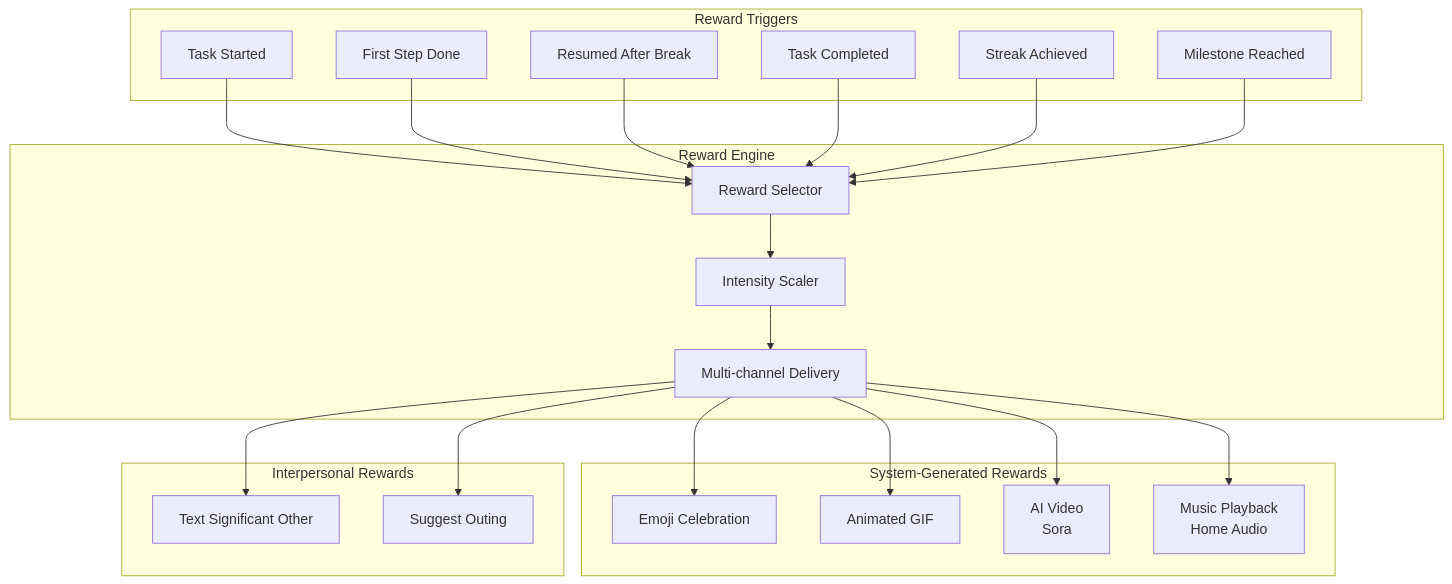
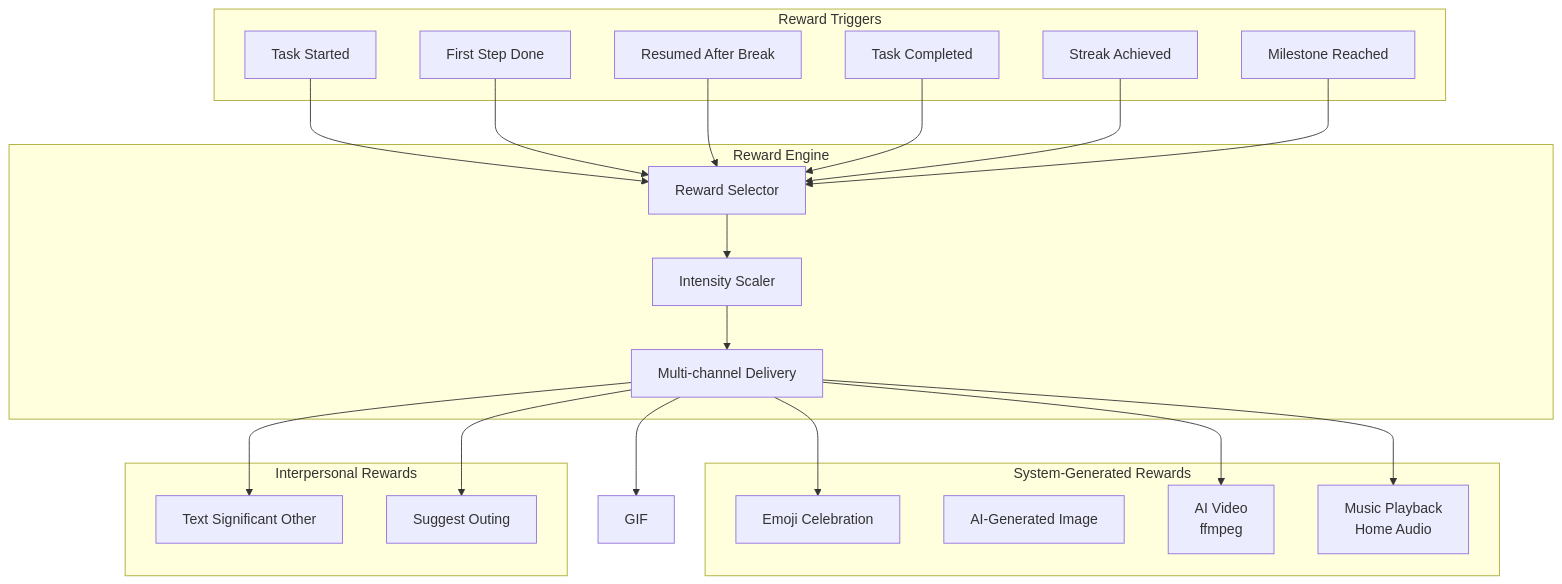
One commit to NickBorgersProbably/hide-my-list changed the second of 18 diagrams in docs/reward-system.md. Above: the diagram before and after it, drawn with Mermaid. The commit also changed other lines of this file and 7 other files, not shown here.

````diff
--- a/docs/reward-system.md
+++ b/docs/reward-system.md
@@ -59,46 +59,46 @@
 ```mermaid
 flowchart TB
     subgraph Trigger["Reward Triggers"]
         Initiation[Task Started]
         FirstStep[First Step Done]
         Resume[Resumed After Break]
         Complete[Task Completed]
         Streak[Streak Achieved]
         Milestone[Milestone Reached]
     end
 
     subgraph Engine["Reward Engine"]
         Select[Reward Selector]
         Scale[Intensity Scaler]
         Deliver[Multi-channel Delivery]
     end
 
     subgraph SystemRewards["System-Generated Rewards"]
         Emoji[Emoji Celebration]
-        GIF[Animated GIF]
-        Video[AI Video<br/>Sora]
+        Image[AI-Generated Image]
+        Video[AI Video<br/>ffmpeg]
         Music[Music Playback<br/>Home Audio]
     end
 
     subgraph InterpersonalRewards["Interpersonal Rewards"]
         TextSO[Text Significant Other]
         Outing[Suggest Outing]
     end
 
     Initiation --> Select
     FirstStep --> Select
     Resume --> Select
     Complete --> Select
     Streak --> Select
     Milestone --> Select
 
     Select --> Scale
     Scale --> Deliver
 
     Deliver --> Emoji
     Deliver --> GIF
     Deliver --> Video
     Deliver --> Music
     Deliver --> TextSO
     Deliver --> Outing
 ```
````
